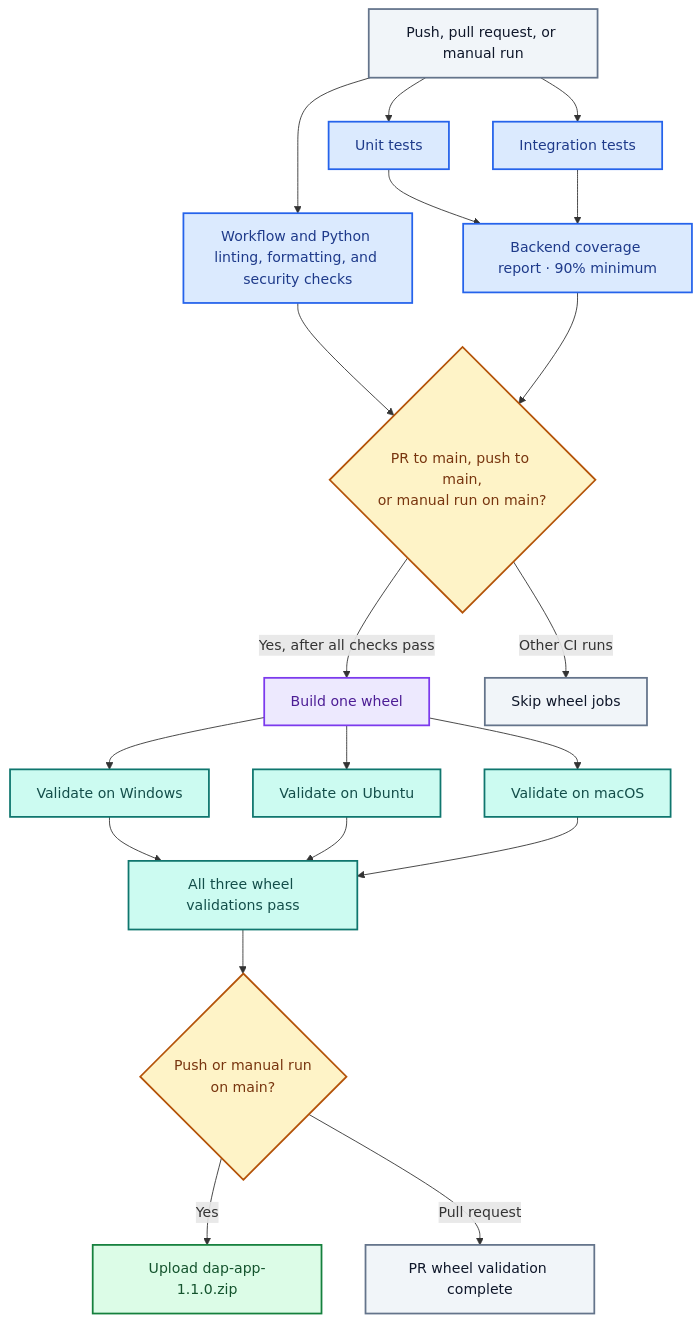
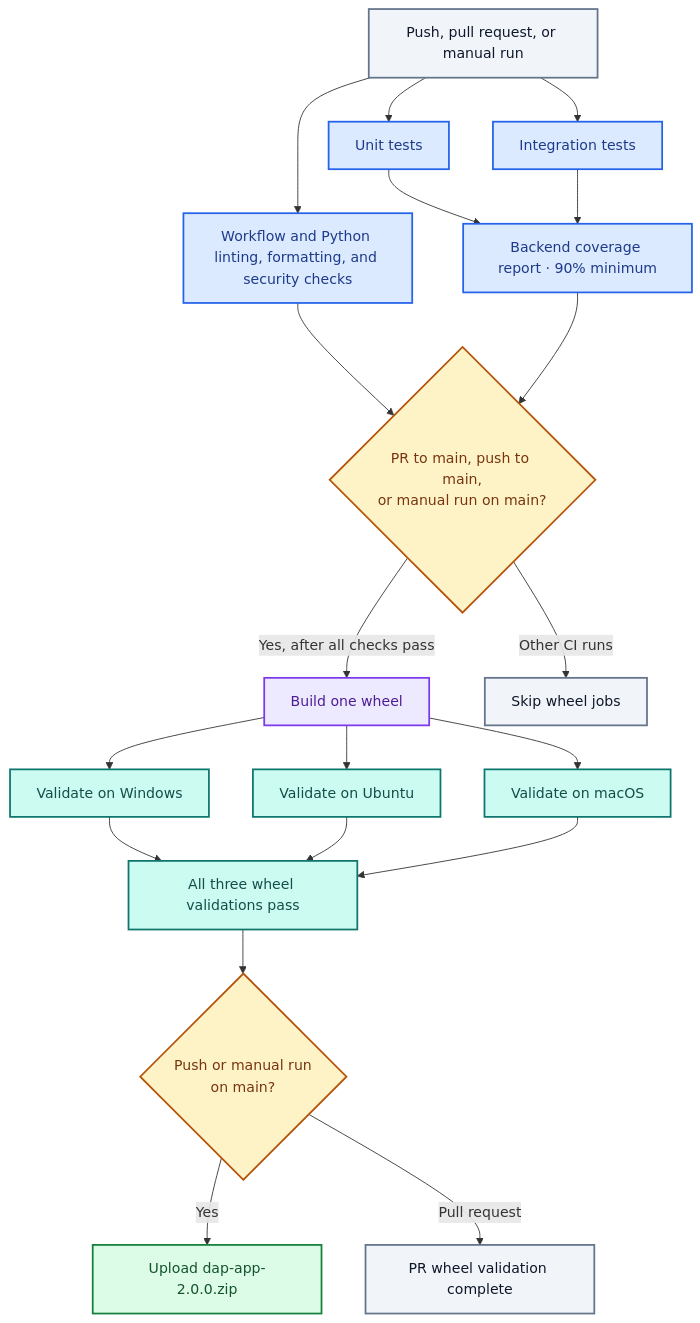
The second of 3 diagrams in README.md (OllieOzzy/cmsc495-social-worker-ai-assistant), drawn with Mermaid before and after one commit. The commit also changed other lines of this file and 4 other files, not shown here.

Commit message:
Update guides and diagrams for authenticated 2.0.0 workflows.

````diff
--- a/README.md
+++ b/README.md
@@ -327,39 +345,39 @@
 ```mermaid
 flowchart TD
     Start["Push, pull request, or manual run"]
     Start --> Checks["Workflow and Python linting, formatting, and security checks"]
     Start --> Unit["Unit tests"]
     Start --> Integration["Integration tests"]
 
     Unit --> Coverage["Backend coverage report · 90% minimum"]
     Integration --> Coverage
     Checks --> Eligible{"PR to main, push to main,<br/>or manual run on main?"}
     Coverage --> Eligible
     Eligible -->|"Yes, after all checks pass"| Build["Build one wheel"]
     Eligible -->|"Other CI runs"| Skip["Skip wheel jobs"]
 
     Build --> Windows["Validate on Windows"]
     Build --> Linux["Validate on Ubuntu"]
     Build --> Mac["Validate on macOS"]
 
     Windows --> Validated["All three wheel validations pass"]
     Linux --> Validated
     Mac --> Validated
     Validated --> ReleaseEligible{"Push or manual run<br/>on main?"}
-    ReleaseEligible -->|"Yes"| Upload["Upload dap-app-1.1.0.zip"]
+    ReleaseEligible -->|"Yes"| Upload["Upload dap-app-2.0.0.zip"]
     ReleaseEligible -->|"Pull request"| Ready["PR wheel validation complete"]
 
     classDef trigger fill:#F1F5F9,stroke:#64748B,color:#0F172A,stroke-width:2px
     classDef checks fill:#DBEAFE,stroke:#2563EB,color:#1E3A8A,stroke-width:2px
     classDef build fill:#EDE9FE,stroke:#7C3AED,color:#4C1D95,stroke-width:2px
     classDef validation fill:#CCFBF1,stroke:#0F766E,color:#134E4A,stroke-width:2px
     classDef decision fill:#FEF3C7,stroke:#B45309,color:#78350F,stroke-width:2px
     classDef artifact fill:#DCFCE7,stroke:#15803D,color:#14532D,stroke-width:2px
 
     class Start,Skip,Ready trigger
     class Checks,Unit,Integration,Coverage checks
     class Build build
     class Windows,Linux,Mac,Validated validation
     class Eligible,ReleaseEligible decision
     class Upload artifact
 ```
````
